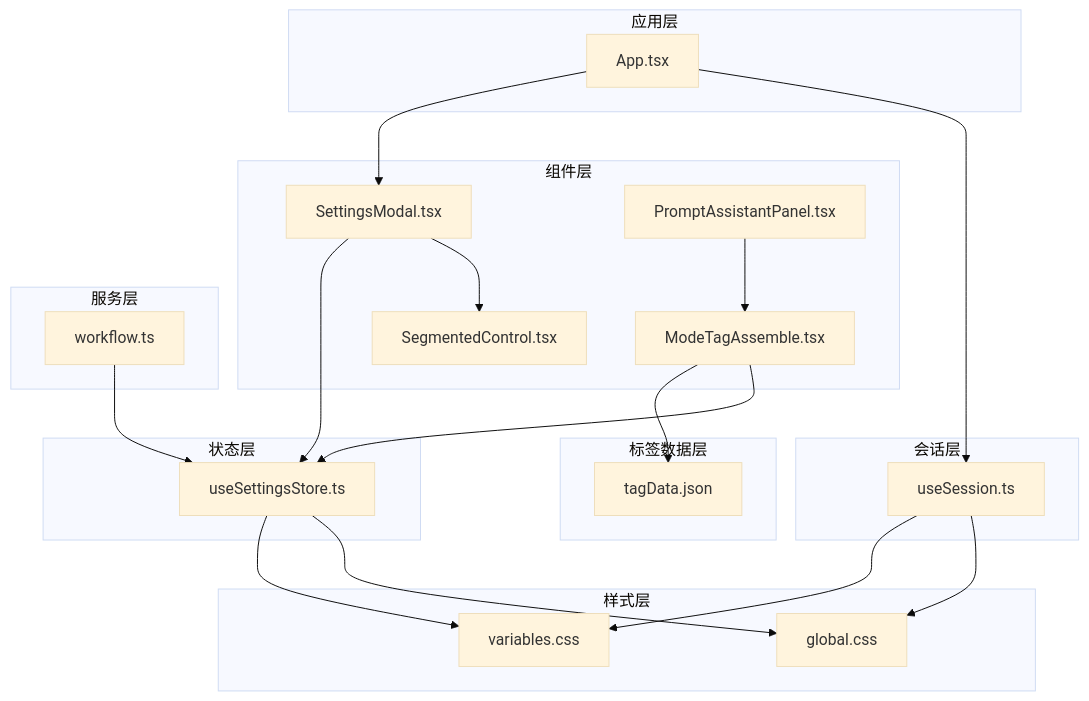
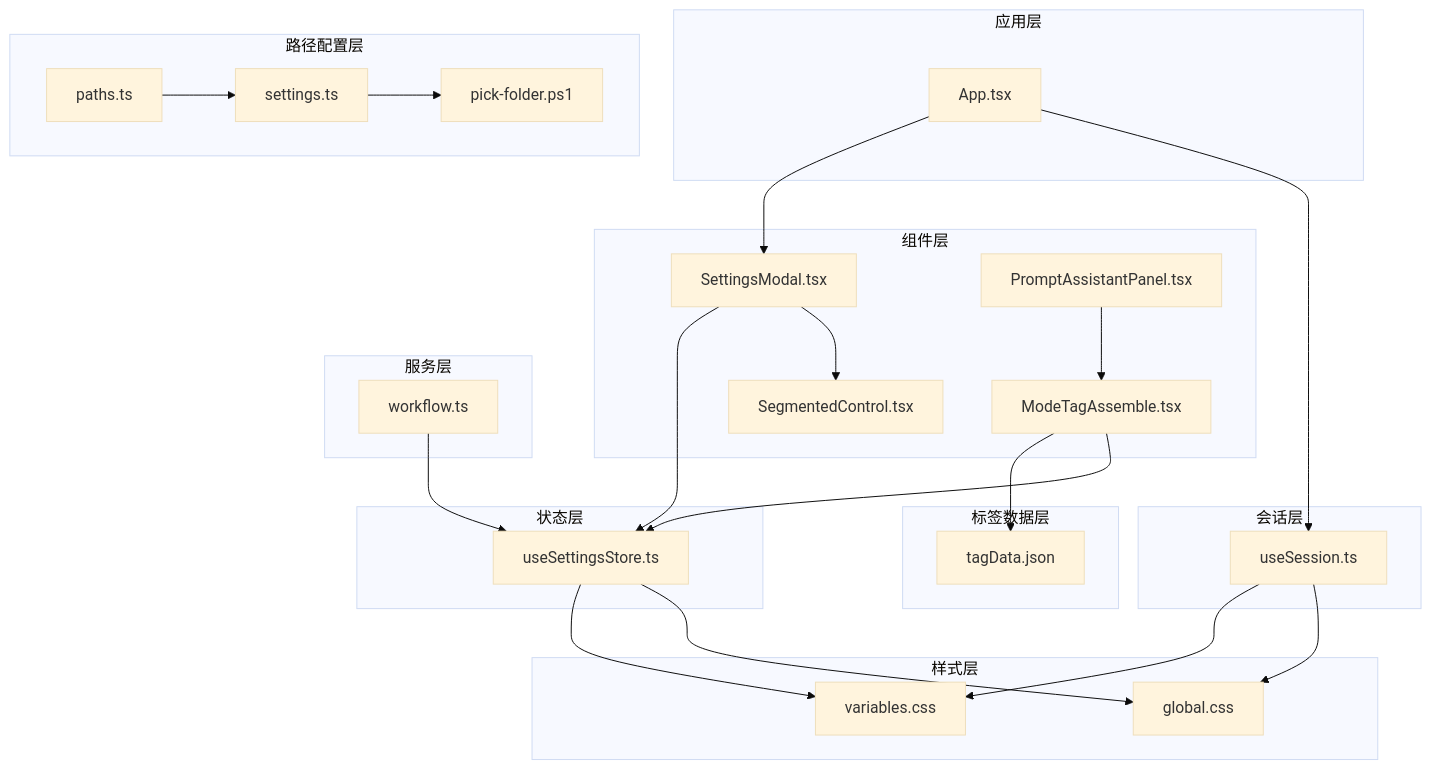
The first of 10 diagrams in .qoder/repowiki/zh/content/前端应用/UI 组件库/设置对话框组件.md (billye220670/CorineKit_Pix2Real), drawn with Mermaid (base theme) before and after one commit. The commit also changed other lines of this file and 13 other files, not shown here.

````diff
--- a/.qoder/repowiki/zh/content/前端应用/UI 组件库/设置对话框组件.md
+++ b/.qoder/repowiki/zh/content/前端应用/UI 组件库/设置对话框组件.md
@@ -57,40 +61,47 @@
 ```mermaid
 graph TB
 subgraph "组件层"
 SM["SettingsModal.tsx"]
 SC["SegmentedControl.tsx"]
 MTA["ModeTagAssemble.tsx"]
 PAP["PromptAssistantPanel.tsx"]
 end
 subgraph "状态层"
 USS["useSettingsStore.ts"]
 end
 subgraph "应用层"
 APP["App.tsx"]
 end
 subgraph "会话层"
 USession["useSession.ts"]
 end
 subgraph "标签数据层"
 TD["tagData.json"]
 end
+subgraph "路径配置层"
+PATHS["paths.ts"]
+SETTINGS["settings.ts"]
+PS1["pick-folder.ps1"]
+end
 subgraph "样式层"
 VAR["variables.css"]
 GLOB["global.css"]
 end
 subgraph "服务层"
 WF["workflow.ts"]
 end
 APP --> SM
 SM --> USS
 SM --> SC
 MTA --> TD
 MTA --> USS
 PAP --> MTA
 APP --> USession
 USS --> VAR
 USS --> GLOB
 USession --> VAR
 USession --> GLOB
 WF --> USS
+PATHS --> SETTINGS
+SETTINGS --> PS1
 ```
````
